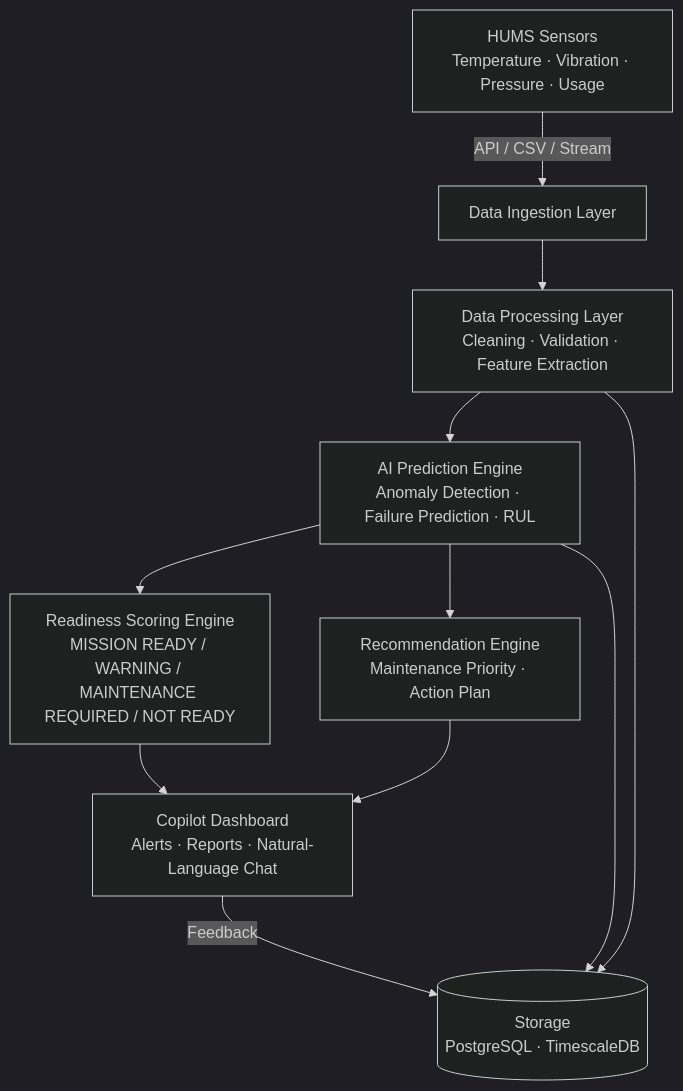
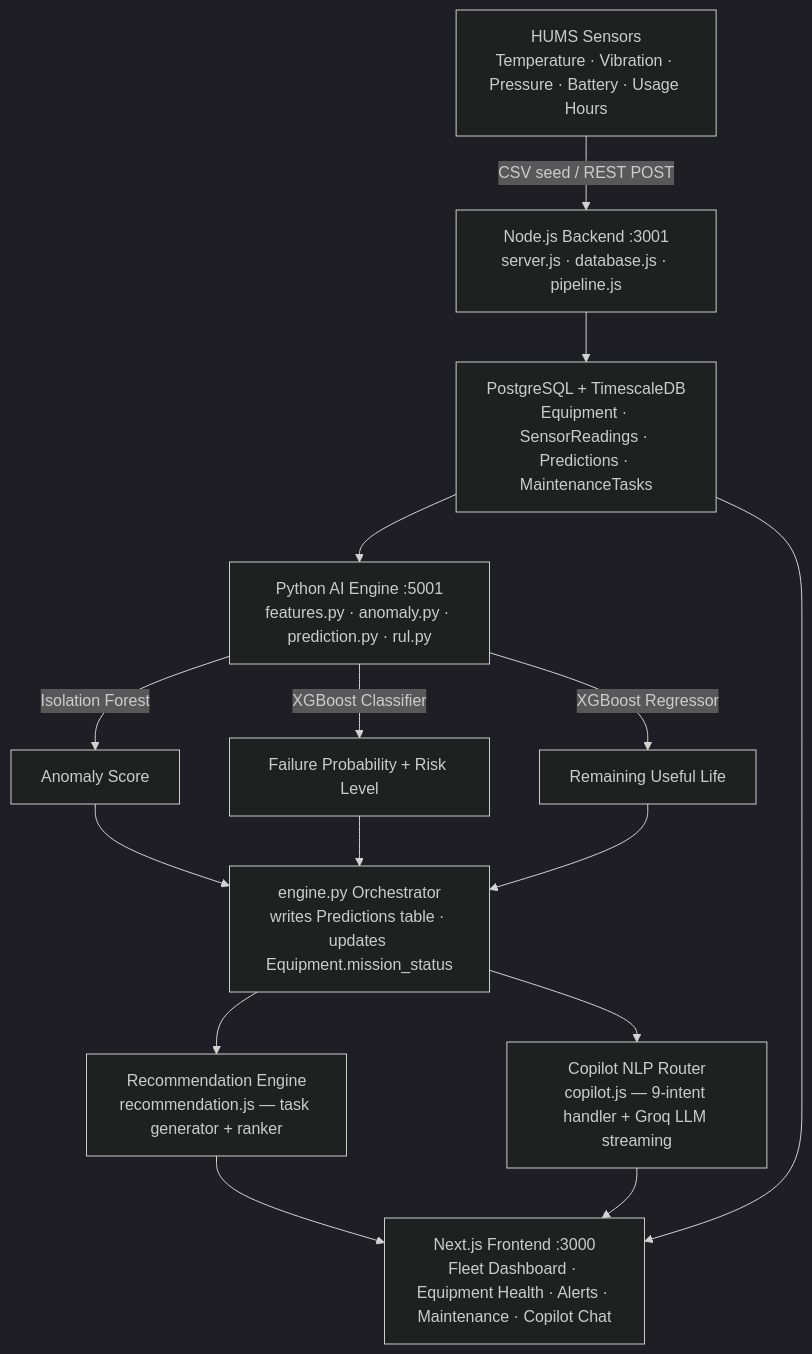
One commit to Heerraval182/bob-ai-hackathon-DefendAI changed the diagram in docs/architecture.md. Above: the diagram before and after it, drawn with Mermaid (dark theme). The commit also changed other lines of this file and 48 other files, not shown here.

Commit message:
docs: update all .md files to reflect real implementation (Node.js backend, Python AI engine, Next.js frontend)

````diff
--- a/docs/architecture.md
+++ b/docs/architecture.md
@@ -7,13 +7,17 @@
 ```mermaid
 graph TD
-    A[HUMS Sensors<br/>Temperature · Vibration · Pressure · Usage] -->|API / CSV / Stream| B[Data Ingestion Layer]
-    B --> C[Data Processing Layer<br/>Cleaning · Validation · Feature Extraction]
-    C --> D[AI Prediction Engine<br/>Anomaly Detection · Failure Prediction · RUL]
-    D --> E[Readiness Scoring Engine<br/>MISSION READY / WARNING / MAINTENANCE REQUIRED / NOT READY]
-    D --> F[Recommendation Engine<br/>Maintenance Priority · Action Plan]
-    E --> G[Copilot Dashboard<br/>Alerts · Reports · Natural-Language Chat]
-    F --> G
-    G -->|Feedback| H[(Storage<br/>PostgreSQL · TimescaleDB)]
-    C --> H
-    D --> H
+    A[HUMS Sensors<br/>Temperature · Vibration · Pressure · Battery · Usage Hours] -->|CSV seed / REST POST| B[Node.js Backend :3001<br/>server.js · database.js · pipeline.js]
+    B --> C[PostgreSQL + TimescaleDB<br/>Equipment · SensorReadings · Predictions · MaintenanceTasks]
+    C --> D[Python AI Engine :5001<br/>features.py · anomaly.py · prediction.py · rul.py]
+    D -->|Isolation Forest| E[Anomaly Score]
+    D -->|XGBoost Classifier| F[Failure Probability + Risk Level]
+    D -->|XGBoost Regressor| G[Remaining Useful Life]
+    E --> H[engine.py Orchestrator<br/>writes Predictions table · updates Equipment.mission_status]
+    F --> H
+    G --> H
+    H --> I[Recommendation Engine<br/>recommendation.js — task generator + ranker]
+    H --> J[Copilot NLP Router<br/>copilot.js — 9-intent handler + Groq LLM streaming]
+    I --> K[Next.js Frontend :3000<br/>Fleet Dashboard · Equipment Health · Alerts · Maintenance · Copilot Chat]
+    J --> K
+    C --> K
 ```
````
